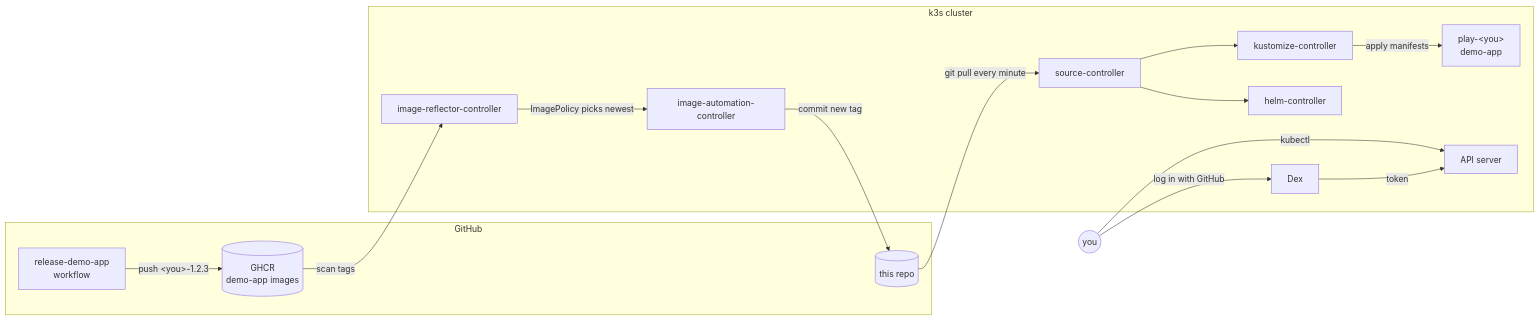
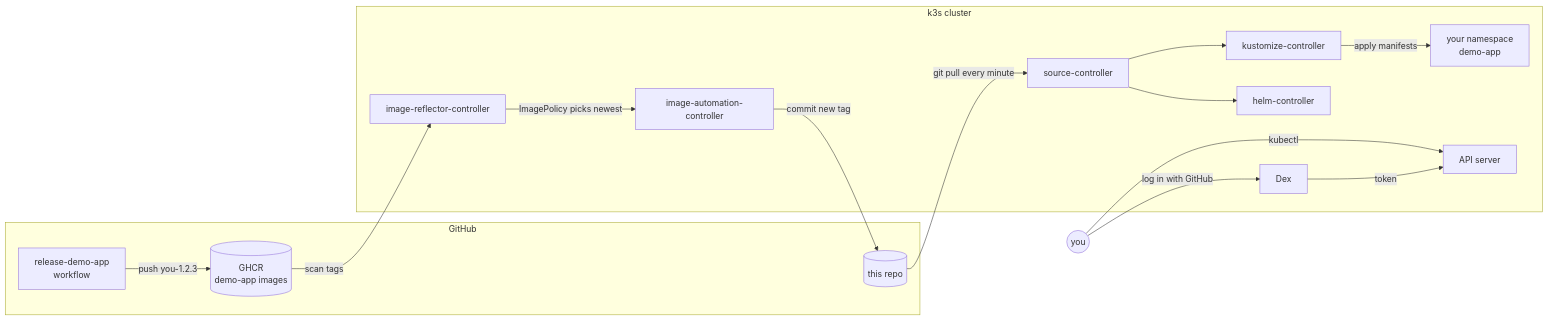
The diagram in README.md (shtev-gitops-playground/flux-gitops-playground), drawn with Mermaid before and after one commit. The commit also changed 1 other file, not shown here.

Commit message:
docs: walkthrough, setup, exercises, operator guide

````diff
--- a/README.md
+++ b/README.md
@@ -28,32 +28,32 @@
 ```mermaid
 flowchart LR
   subgraph GitHub
     repo[(this repo)]
     actions[release-demo-app<br/>workflow]
     ghcr[(GHCR<br/>demo-app images)]
   end
 
   subgraph cluster[k3s cluster]
     src[source-controller]
     kust[kustomize-controller]
     helm[helm-controller]
     refl[image-reflector-controller]
     auto[image-automation-controller]
     dex[Dex]
     api[API server]
-    apps[play-&lt;you&gt;<br/>demo-app]
+    apps[your namespace<br/>demo-app]
   end
 
   you((you))
 
   repo -- "git pull every minute" --> src
   src --> kust & helm
   kust -- "apply manifests" --> apps
-  actions -- "push &lt;you&gt;-1.2.3" --> ghcr
+  actions -- "push you-1.2.3" --> ghcr
   ghcr -- "scan tags" --> refl
   refl -- "ImagePolicy picks newest" --> auto
   auto -- "commit new tag" --> repo
   you -- "kubectl" --> api
   you -- "log in with GitHub" --> dex
   dex -- "token" --> api
 ```
````
